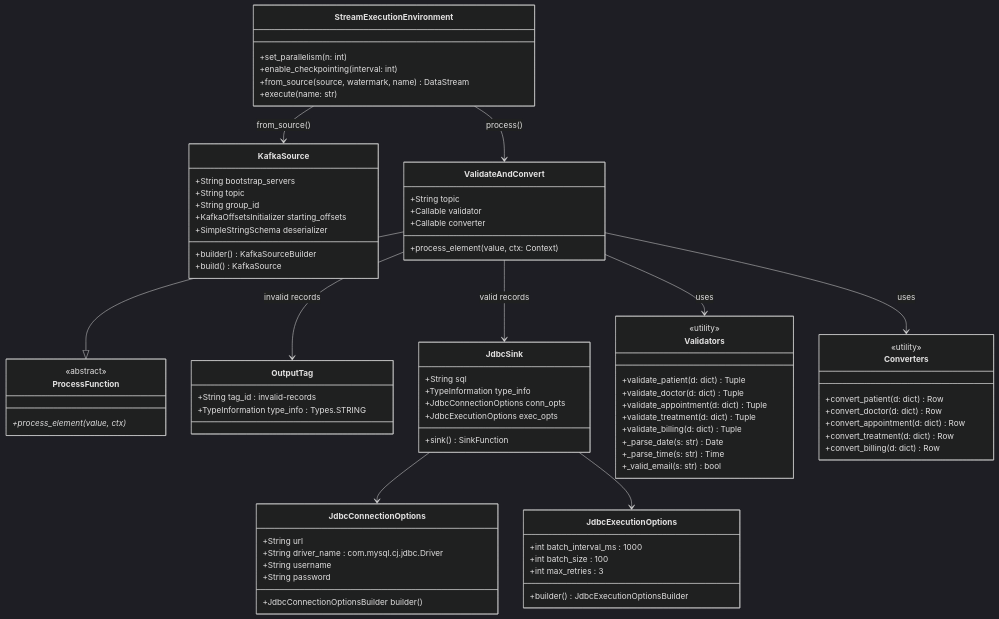
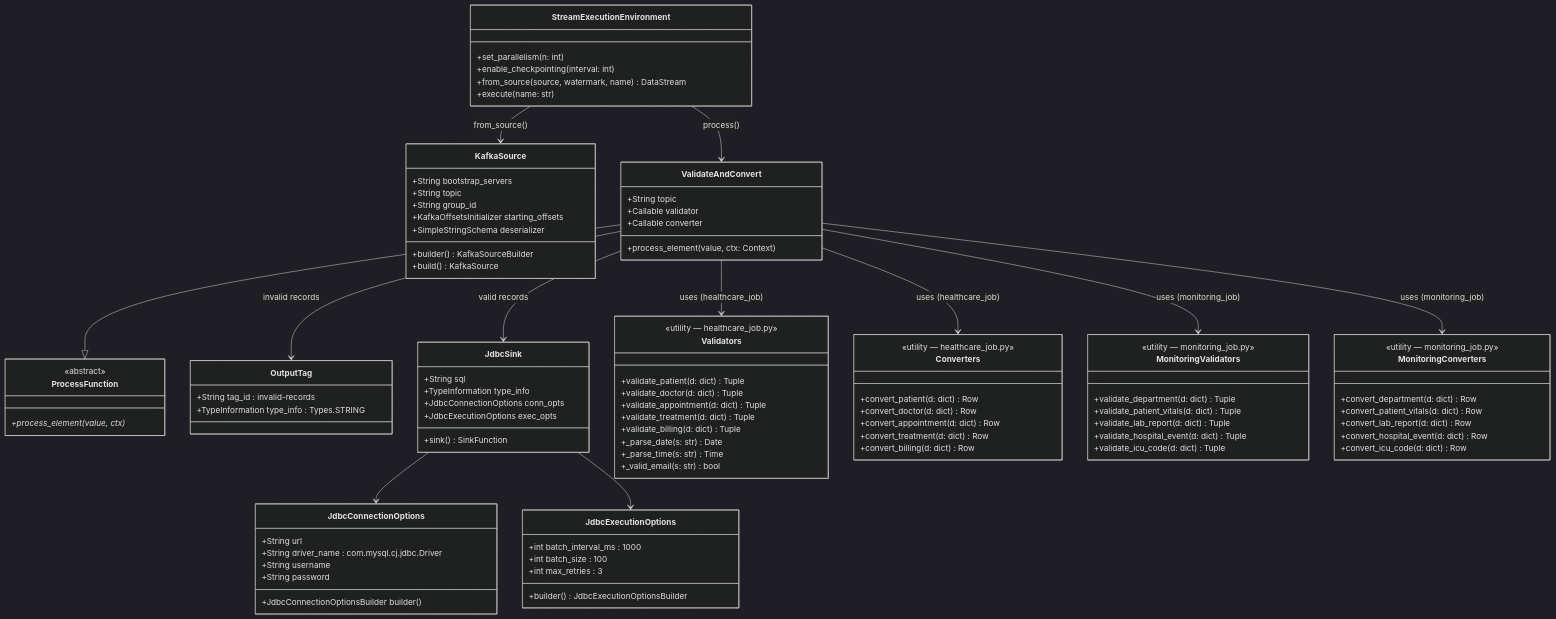
One commit to PampariNaresh/healthcare-data-platform changed the second of 12 diagrams in PROJECT_DOCUMENTATION.md. Above: the diagram before and after it, drawn with Mermaid (dark theme). The commit also changed other lines of this file and 1 other file, not shown here.

First line of the commit message:
Update PROJECT_DOCUMENTATION and ER_DIAGRAMS for full platform

```diff
--- a/PROJECT_DOCUMENTATION.md
+++ b/PROJECT_DOCUMENTATION.md
@@ -479,7 +543,7 @@
     }
 
     class Validators {
-        <<utility>>
+        <<utility — healthcare_job.py>>
         +validate_patient(d: dict) Tuple
         +validate_doctor(d: dict) Tuple
         +validate_appointment(d: dict) Tuple
@@ -491,7 +555,7 @@
     }
 
     class Converters {
-        <<utility>>
+        <<utility — healthcare_job.py>>
         +convert_patient(d: dict) Row
         +convert_doctor(d: dict) Row
         +convert_appointment(d: dict) Row
@@ -499,11 +563,31 @@
         +convert_billing(d: dict) Row
     }
 
+    class MonitoringValidators {
+        <<utility — monitoring_job.py>>
+        +validate_department(d: dict) Tuple
+        +validate_patient_vitals(d: dict) Tuple
+        +validate_lab_report(d: dict) Tuple
+        +validate_hospital_event(d: dict) Tuple
+        +validate_icu_code(d: dict) Tuple
+    }
+
+    class MonitoringConverters {
+        <<utility — monitoring_job.py>>
+        +convert_department(d: dict) Row
+        +convert_patient_vitals(d: dict) Row
+        +convert_lab_report(d: dict) Row
+        +convert_hospital_event(d: dict) Row
+        +convert_icu_code(d: dict) Row
+    }
+
     ValidateAndConvert  --|>  ProcessFunction
     StreamExecutionEnvironment --> KafkaSource        : from_source()
     StreamExecutionEnvironment --> ValidateAndConvert : process()
-    ValidateAndConvert  -->  Validators  : uses
-    ValidateAndConvert  -->  Converters  : uses
+    ValidateAndConvert  -->  Validators           : uses (healthcare_job)
+    ValidateAndConvert  -->  Converters           : uses (healthcare_job)
+    ValidateAndConvert  -->  MonitoringValidators : uses (monitoring_job)
+    ValidateAndConvert  -->  MonitoringConverters : uses (monitoring_job)
     ValidateAndConvert  -->  OutputTag   : invalid records
     ValidateAndConvert  -->  JdbcSink    : valid records
     JdbcSink --> JdbcConnectionOptions
```
